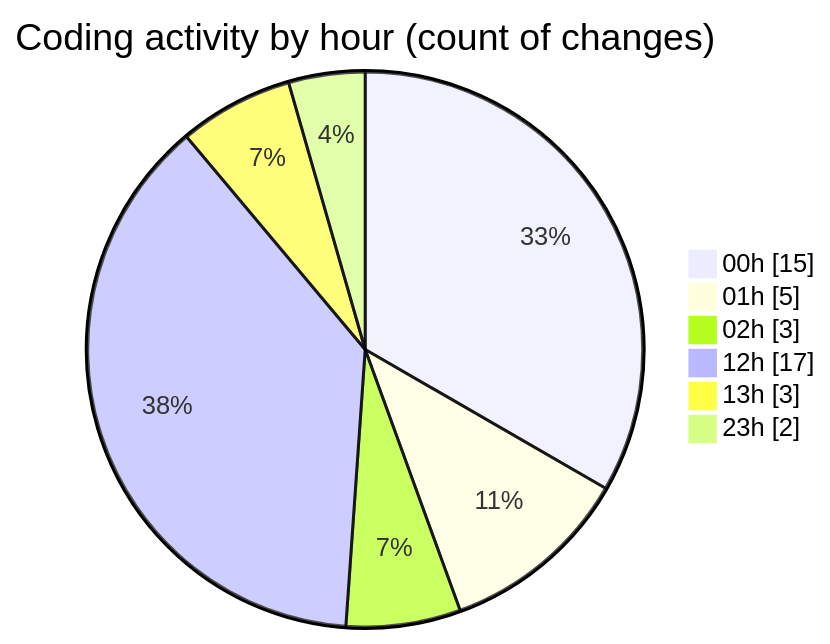
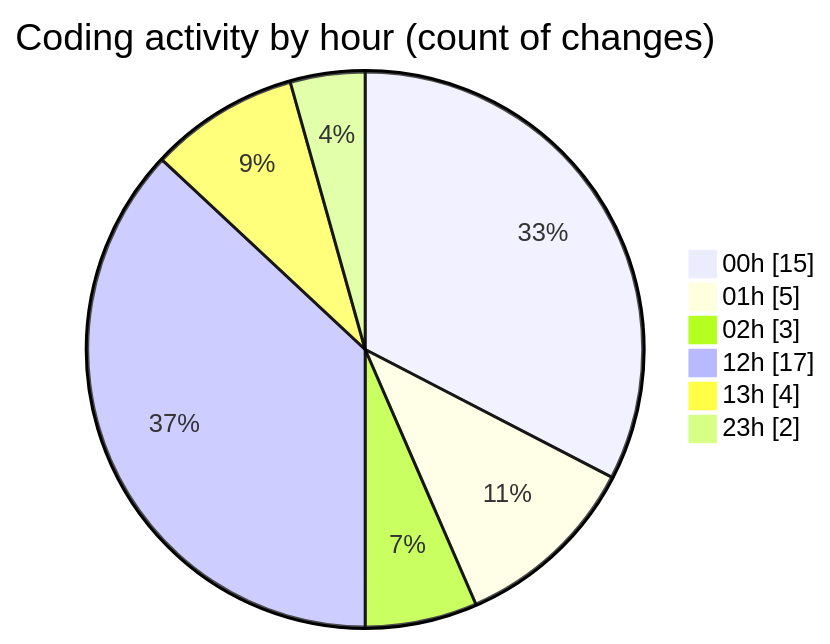
The second of 2 diagrams in 2025-08-13/rentotp/README.md (lephambinh05/code-tracking), drawn with Mermaid before and after one commit. The commit also changed other lines of this file and 1 other file, not shown here.

````diff
--- a/2025-08-13/rentotp/README.md
+++ b/2025-08-13/rentotp/README.md
@@ -39,10 +39,10 @@
 ```mermaid
 pie showData
 title Coding activity by hour (count of changes)
 "00h" : 15
 "01h" : 5
 "02h" : 3
 "12h" : 17
-"13h" : 3
+"13h" : 4
 "23h" : 2
 ```
````
